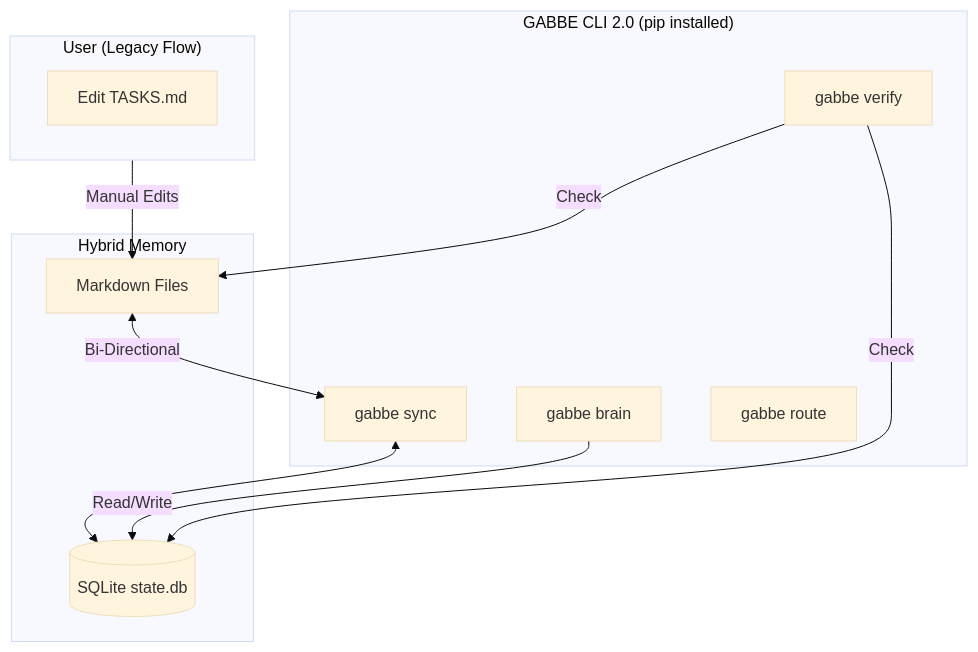
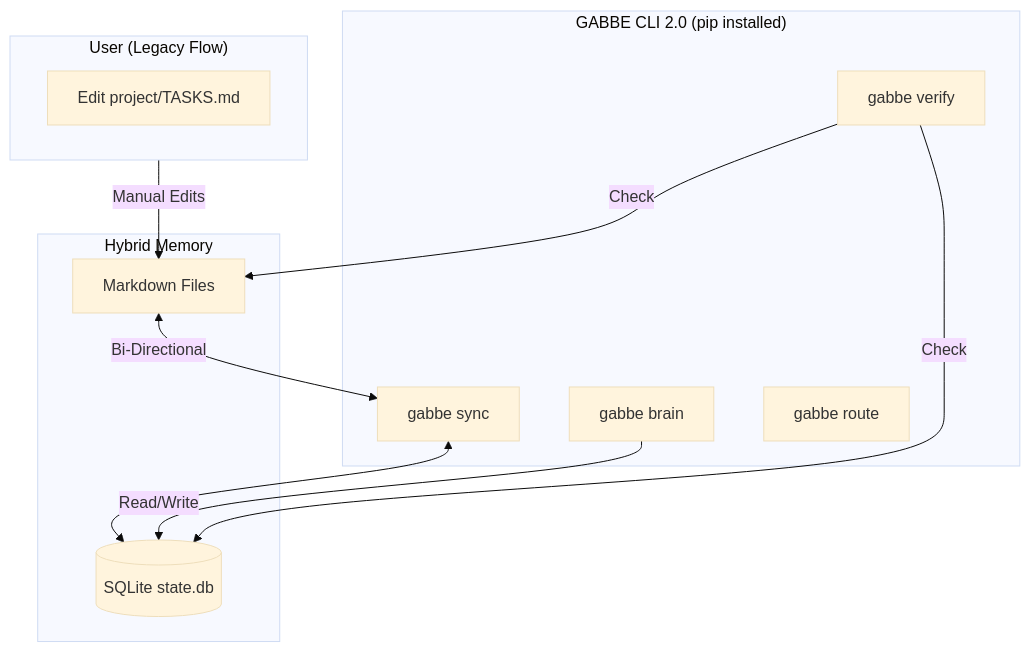
One commit to andreibesleaga/GABBE changed the first of 4 diagrams in README.md. Above: the diagram before and after it, drawn with Mermaid (base theme). The commit also changed other lines of this file and 386 other files, not shown here.

````diff
--- a/README.md
+++ b/README.md
@@ -175,25 +175,25 @@
 ```mermaid
 graph TD
     subgraph User["User (Legacy Flow)"]
-        Edit[Edit TASKS.md]
+        Edit[Edit project/TASKS.md]
     end
 
     subgraph CLI["GABBE CLI 2.0 (pip installed)"]
         Sync[gabbe sync]
         Verify[gabbe verify]
         Brain[gabbe brain]
         Router[gabbe route]
     end
 
     subgraph Storage["Hybrid Memory"]
         MD[Markdown Files]
         DB[(SQLite state.db)]
     end
 
     User -->|Manual Edits| MD
     MD <-->|Bi-Directional| Sync
     Sync <--> DB
     Brain -->|Read/Write| DB
     Verify -->|Check| MD
     Verify -->|Check| DB
 ```
````
